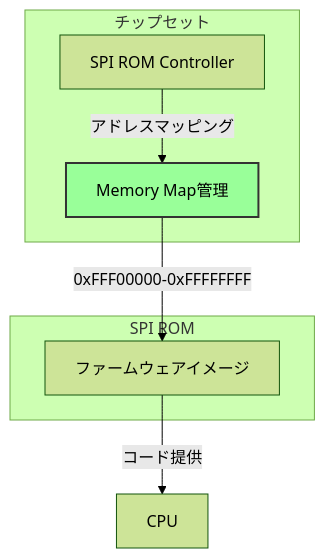
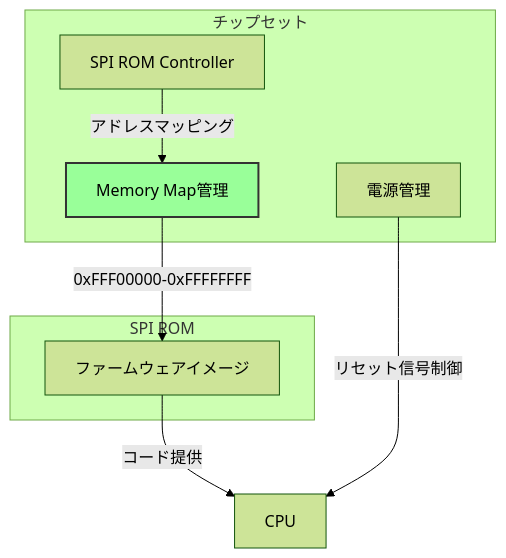
One commit to anjn/bios-introduction changed the seventh of 10 diagrams in src/part1/01-reset-vector.md. Above: the diagram before and after it, drawn with Mermaid (forest theme). The commit also changed other lines of this file and 4 other files, not shown here.

````diff
--- a/src/part1/01-reset-vector.md
+++ b/src/part1/01-reset-vector.md
@@ -301,17 +397,19 @@
 ```mermaid
 graph TB
     subgraph "チップセット"
     A[SPI ROM Controller]
     B[Memory Map管理]
+    C[電源管理]
     end
 
     subgraph "SPI ROM"
-    C[ファームウェアイメージ]
+    D[ファームウェアイメージ]
     end
 
     A -->|アドレスマッピング| B
-    B -->|0xFFF00000-0xFFFFFFFF| C
-    C -->|コード提供| D[CPU]
+    B -->|0xFFF00000-0xFFFFFFFF| D
+    D -->|コード提供| E[CPU]
+    C -->|リセット信号制御| E
 
     style B fill:#9f9,stroke:#333,stroke-width:2px
 ```
````
